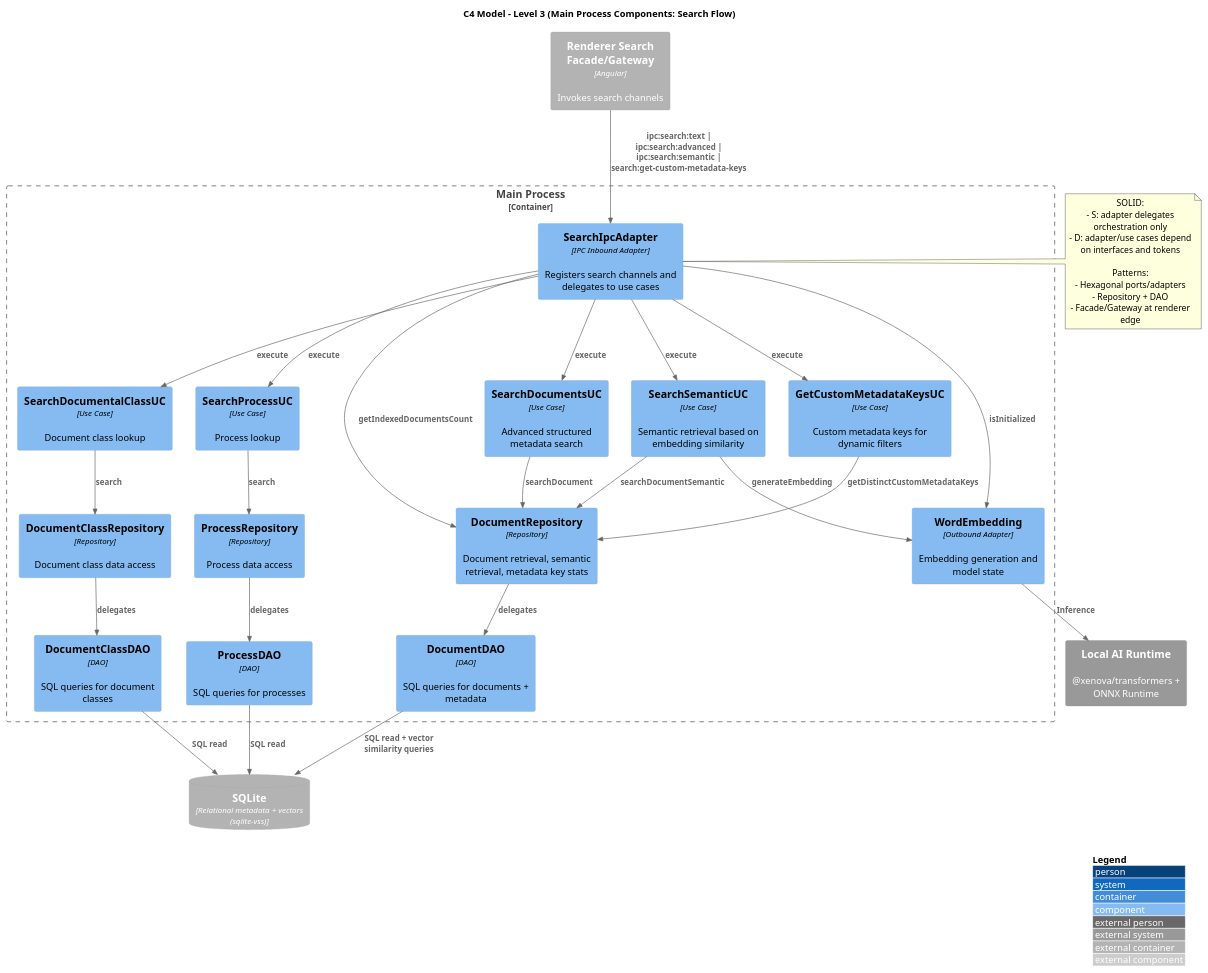
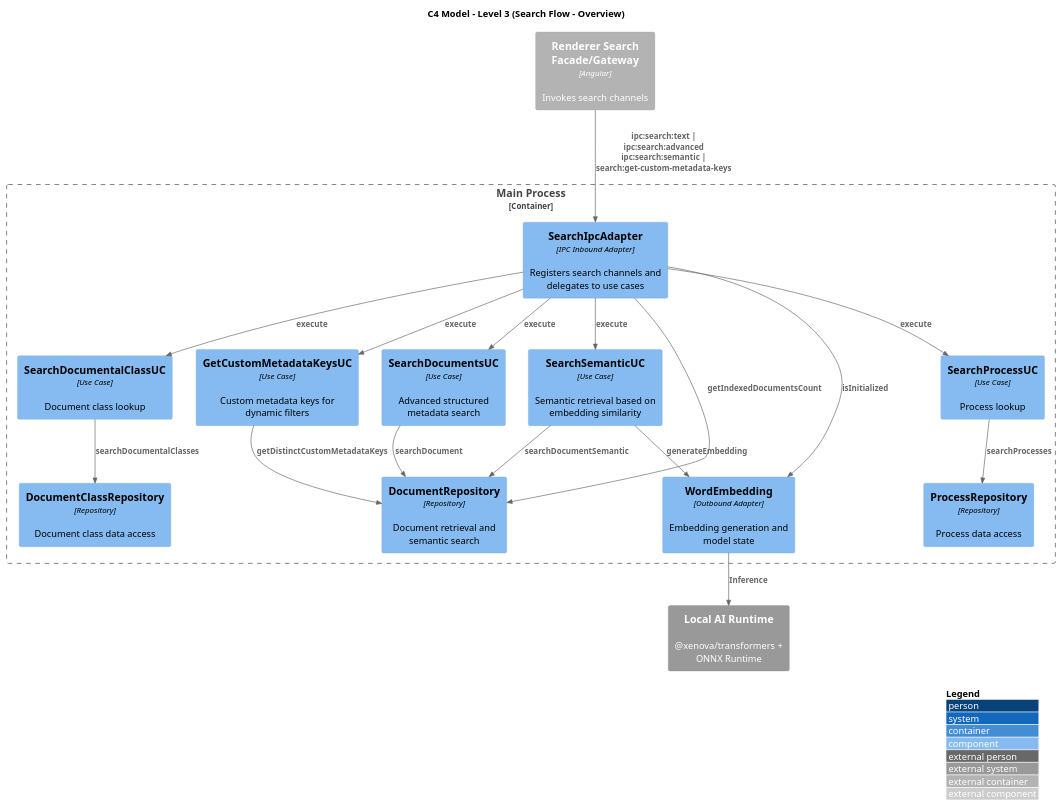
Before and after one commit to 7-ZPUs/Docs: the first of 2 diagrams in 3_PB/DocumentiEsterni/DiagrammiSpecificaTecnica/generated_/architecture/c1-c3/C3-main-search-flow.puml, drawn with PlantUML. The commit also changed other lines of this file and 4 other files, not shown here.

```diff
--- a/3_PB/DocumentiEsterni/DiagrammiSpecificaTecnica/generated_/architecture/c1-c3/C3-main-search-flow.puml
+++ b/3_PB/DocumentiEsterni/DiagrammiSpecificaTecnica/generated_/architecture/c1-c3/C3-main-search-flow.puml
@@ -1,67 +1,45 @@
-@startuml C3_Main_Search_Flow
+@startuml C3_Main_Search_Flow_No_Repos
 !includeurl https://raw.githubusercontent.com/plantuml-stdlib/C4-PlantUML/master/C4_Component.puml
 
-title C4 Model - Level 3 (Main Process Components: Search Flow)
+title C4 Model - Level 3 (Search Flow - Overview)
 
 LAYOUT_WITH_LEGEND()
 
 Container_Boundary(main_container, "Main Process") {
   Component(search_ipc, "SearchIpcAdapter", "IPC Inbound Adapter", "Registers search channels and delegates to use cases")
 
   Component(search_docs_uc, "SearchDocumentsUC", "Use Case", "Advanced structured metadata search")
   Component(search_semantic_uc, "SearchSemanticUC", "Use Case", "Semantic retrieval based on embedding similarity")
   Component(search_class_uc, "SearchDocumentalClassUC", "Use Case", "Document class lookup")
   Component(search_process_uc, "SearchProcessUC", "Use Case", "Process lookup")
   Component(custom_keys_uc, "GetCustomMetadataKeysUC", "Use Case", "Custom metadata keys for dynamic filters")
 
-  Component(doc_repo, "DocumentRepository", "Repository", "Document retrieval, semantic retrieval, metadata key stats")
+  Component(doc_repo, "DocumentRepository", "Repository", "Document retrieval and semantic search")
   Component(doc_class_repo, "DocumentClassRepository", "Repository", "Document class data access")
-  Component(doc_class_dao, "DocumentClassDAO", "DAO", "SQL queries for document classes")
-  
   Component(process_repo, "ProcessRepository", "Repository", "Process data access")
-  Component(process_dao, "ProcessDAO", "DAO", "SQL queries for processes")
   Component(word_embedding, "WordEmbedding", "Outbound Adapter", "Embedding generation and model state")
-  Component(doc_dao, "DocumentDAO", "DAO", "SQL queries for documents + metadata")
 }
 
 Container_Ext(renderer, "Renderer Search Facade/Gateway", "Angular", "Invokes search channels")
-ContainerDb_Ext(sqlite, "SQLite", "Relational metadata + vectors (sqlite-vss)")
 System_Ext(ai_runtime, "Local AI Runtime", "@xenova/transformers + ONNX Runtime")
 
-Rel(renderer, search_ipc, "ipc:search:text | ipc:search:advanced | ipc:search:semantic | search:get-custom-metadata-keys")
+Rel(renderer, search_ipc, "ipc:search:text | ipc:search:advanced\nipc:search:semantic | search:get-custom-metadata-keys")
 
 Rel(search_ipc, search_docs_uc, "execute")
 Rel(search_ipc, search_semantic_uc, "execute")
 Rel(search_ipc, search_class_uc, "execute")
 Rel(search_ipc, search_process_uc, "execute")
 Rel(search_ipc, custom_keys_uc, "execute")
 Rel(search_ipc, word_embedding, "isInitialized")
 Rel(search_ipc, doc_repo, "getIndexedDocumentsCount")
 
 Rel(search_docs_uc, doc_repo, "searchDocument")
 Rel(search_semantic_uc, word_embedding, "generateEmbedding")
 Rel(search_semantic_uc, doc_repo, "searchDocumentSemantic")
-Rel(search_class_uc, doc_class_repo, "search")
-Rel(search_process_uc, process_repo, "search")
-Rel(process_repo, process_dao, "delegates")
-Rel(doc_class_repo, doc_class_dao, "delegates")
+Rel(search_class_uc, doc_class_repo, "searchDocumentalClasses")
+Rel(search_process_uc, process_repo, "searchProcesses")
 Rel(custom_keys_uc, doc_repo, "getDistinctCustomMetadataKeys")
 
-Rel(doc_repo, doc_dao, "delegates")
-Rel(doc_dao, sqlite, "SQL read + vector similarity queries")
 Rel(word_embedding, ai_runtime, "Inference")
-Rel(doc_class_dao, sqlite, "SQL read")
-Rel(process_dao, sqlite, "SQL read")
-
-note right of search_ipc
-SOLID:
-- S: adapter delegates orchestration only
-- D: adapter/use cases depend on interfaces and tokens
-
-Patterns:
-- Hexagonal ports/adapters
-- Repository + DAO
-- Facade/Gateway at renderer edge
-end note
 
 @enduml
```
